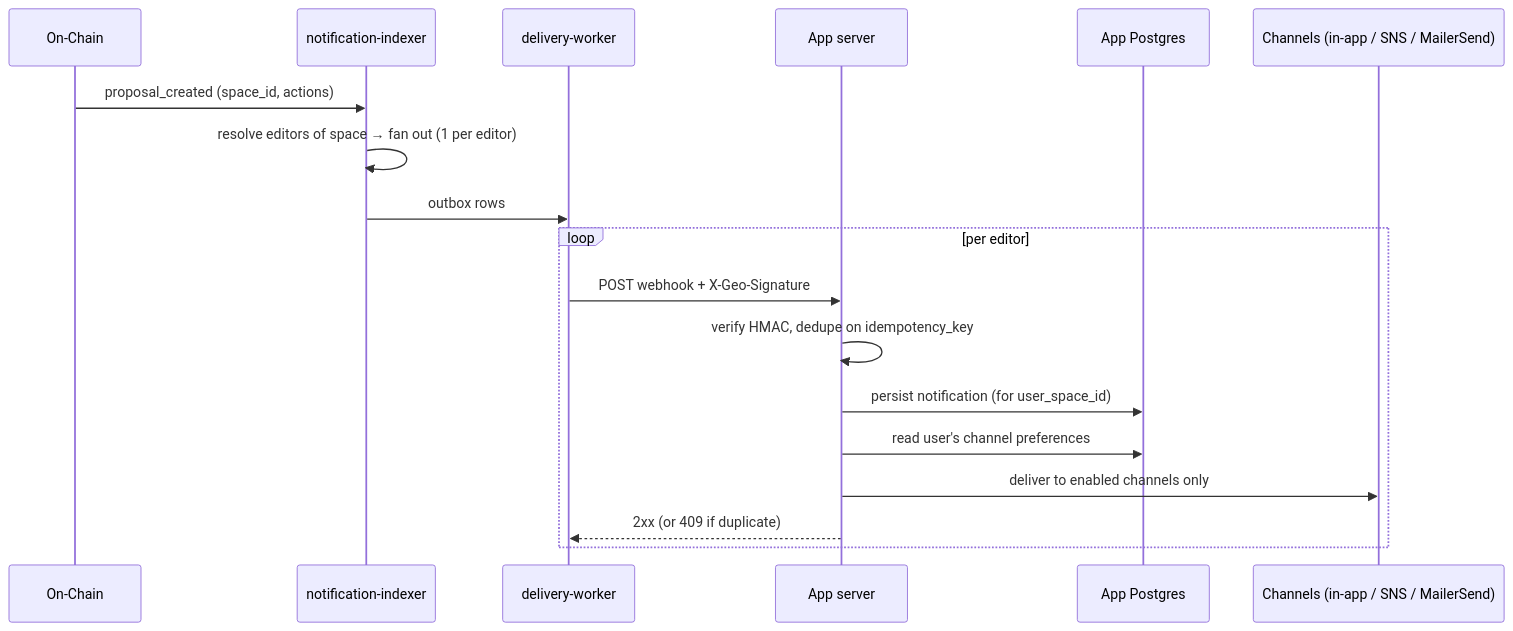
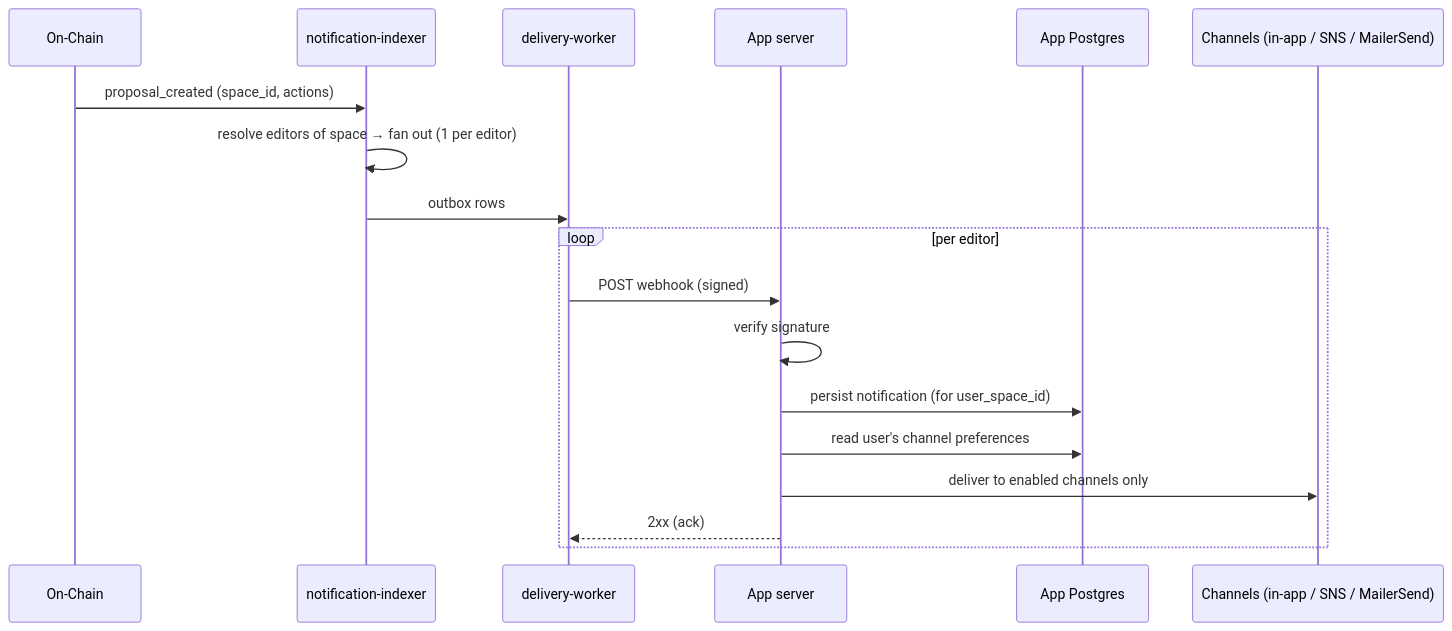
The second of 3 diagrams in docs/notifications-mvp-prd.md (geobrowser/gaia), drawn with Mermaid before and after one commit. The commit also changed other lines of this file, not shown here.

````diff
--- a/docs/notifications-mvp-prd.md
+++ b/docs/notifications-mvp-prd.md
@@ -88,21 +88,21 @@
 ```mermaid
 sequenceDiagram
     participant Chain as On-Chain
     participant NI as notification-indexer
     participant DW as delivery-worker
     participant AS as App server
     participant DB as App Postgres
     participant CH as Channels (in-app / SNS / MailerSend)
 
     Chain->>NI: proposal_created (space_id, actions)
     NI->>NI: resolve editors of space → fan out (1 per editor)
     NI->>DW: outbox rows
     loop per editor
-        DW->>AS: POST webhook + X-Geo-Signature
-        AS->>AS: verify HMAC, dedupe on idempotency_key
+        DW->>AS: POST webhook (signed)
+        AS->>AS: verify signature
         AS->>DB: persist notification (for user_space_id)
         AS->>DB: read user's channel preferences
         AS->>CH: deliver to enabled channels only
-        AS-->>DW: 2xx (or 409 if duplicate)
+        AS-->>DW: 2xx (ack)
     end
 ```
````
